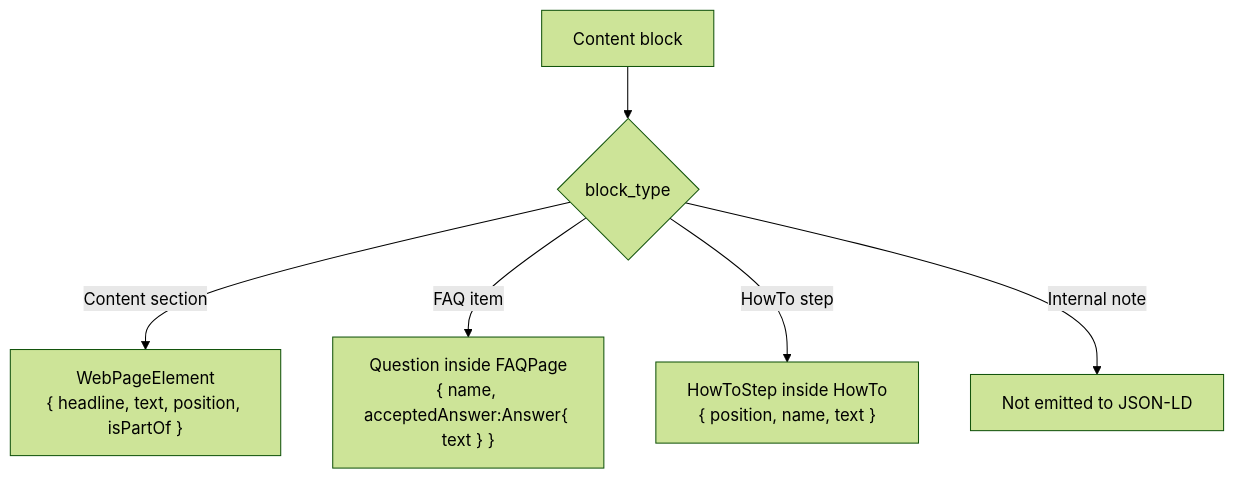
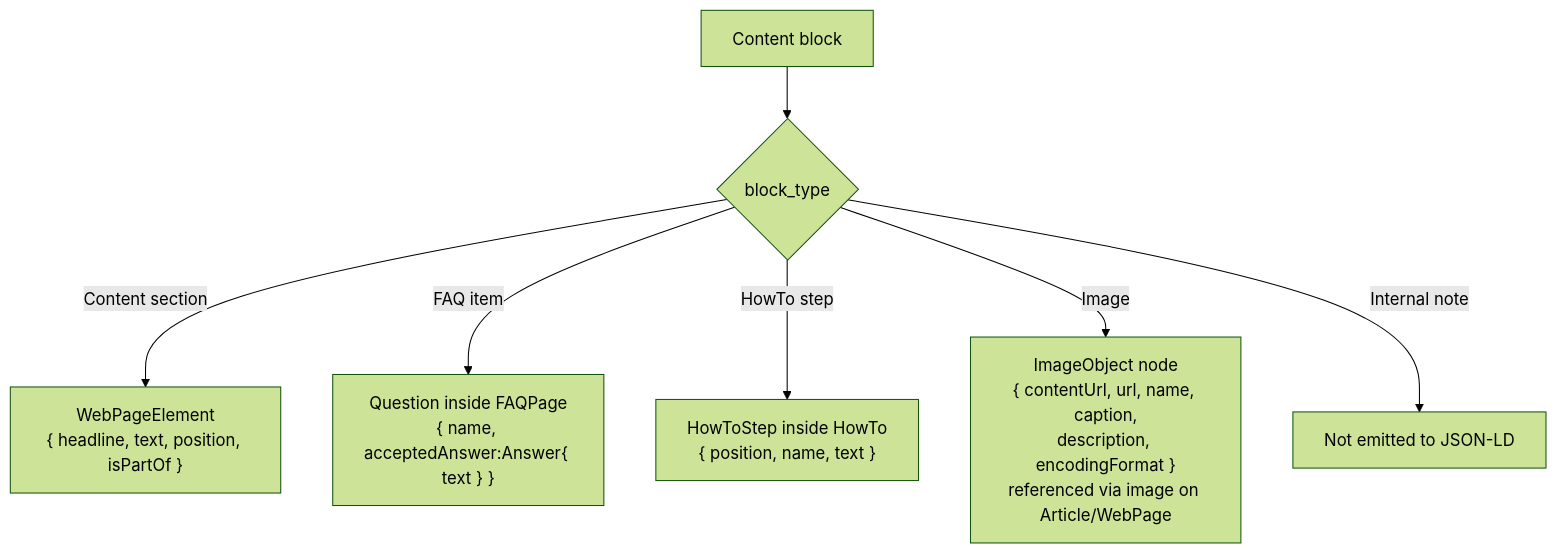
The fourth of 6 diagrams in docs/govcms-modular-template/decision-tree.md (Thomas-Amann-IPAustralia/DeterministicSchemaConversion), drawn with Mermaid (forest theme) before and after one commit. The commit also changed other lines of this file and 2 other files, not shown here.

First line of the commit message:
Add ImageObject block + internal-link description/identifier

````diff
--- a/docs/govcms-modular-template/decision-tree.md
+++ b/docs/govcms-modular-template/decision-tree.md
@@ -238,8 +248,9 @@
 ```mermaid
 flowchart TD
     BLK[Content block] --> TY{block_type}
     TY -->|Content section| WPE["WebPageElement<br/>{ headline, text, position, isPartOf }"]
     TY -->|FAQ item| FAQ["Question inside FAQPage<br/>{ name, acceptedAnswer:Answer{ text } }"]
     TY -->|HowTo step| STP["HowToStep inside HowTo<br/>{ position, name, text }"]
+    TY -->|Image| IMG["ImageObject node<br/>{ contentUrl, url, name, caption,<br/>description, encodingFormat }<br/>referenced via image on Article/WebPage"]
     TY -->|Internal note| NOP["Not emitted to JSON-LD"]
 ```
````
